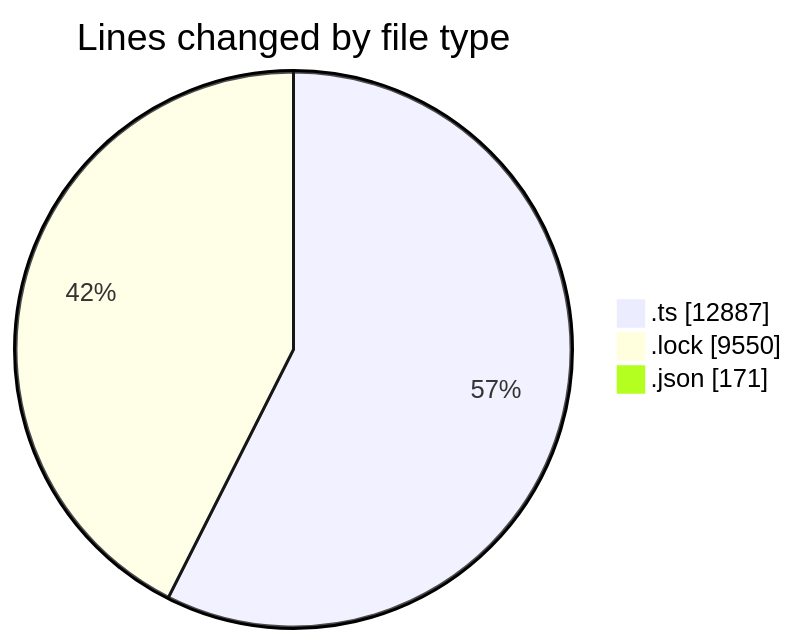
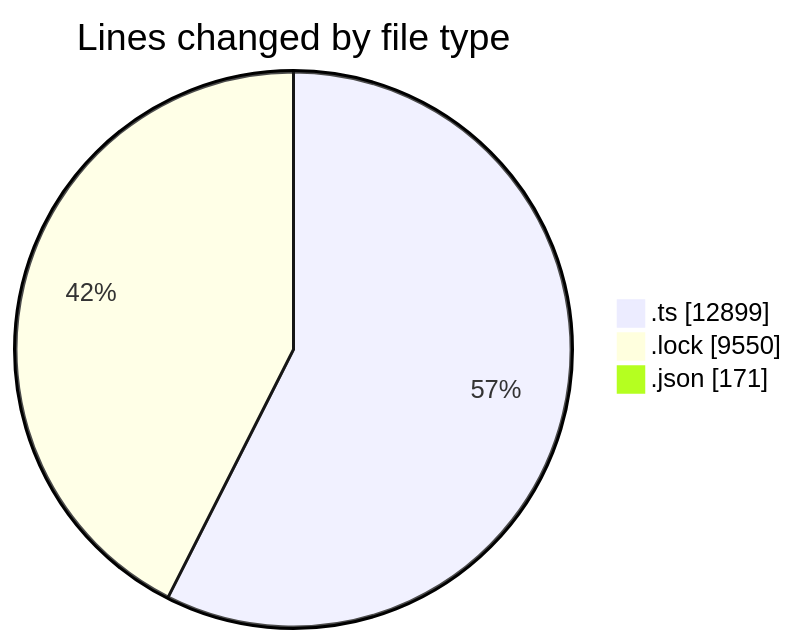
The first of 2 diagrams in 2025-10-30/cda/README.md (momahboobian/code-tracking), drawn with Mermaid before and after one commit. The commit also changed other lines of this file and 1 other file, not shown here.

````diff
--- a/2025-10-30/cda/README.md
+++ b/2025-10-30/cda/README.md
@@ -28,7 +28,7 @@
 ```mermaid
 pie showData
 title Lines changed by file type
-".ts" : 12887
+".ts" : 12899
 ".lock" : 9550
 ".json" : 171
 ```
````
